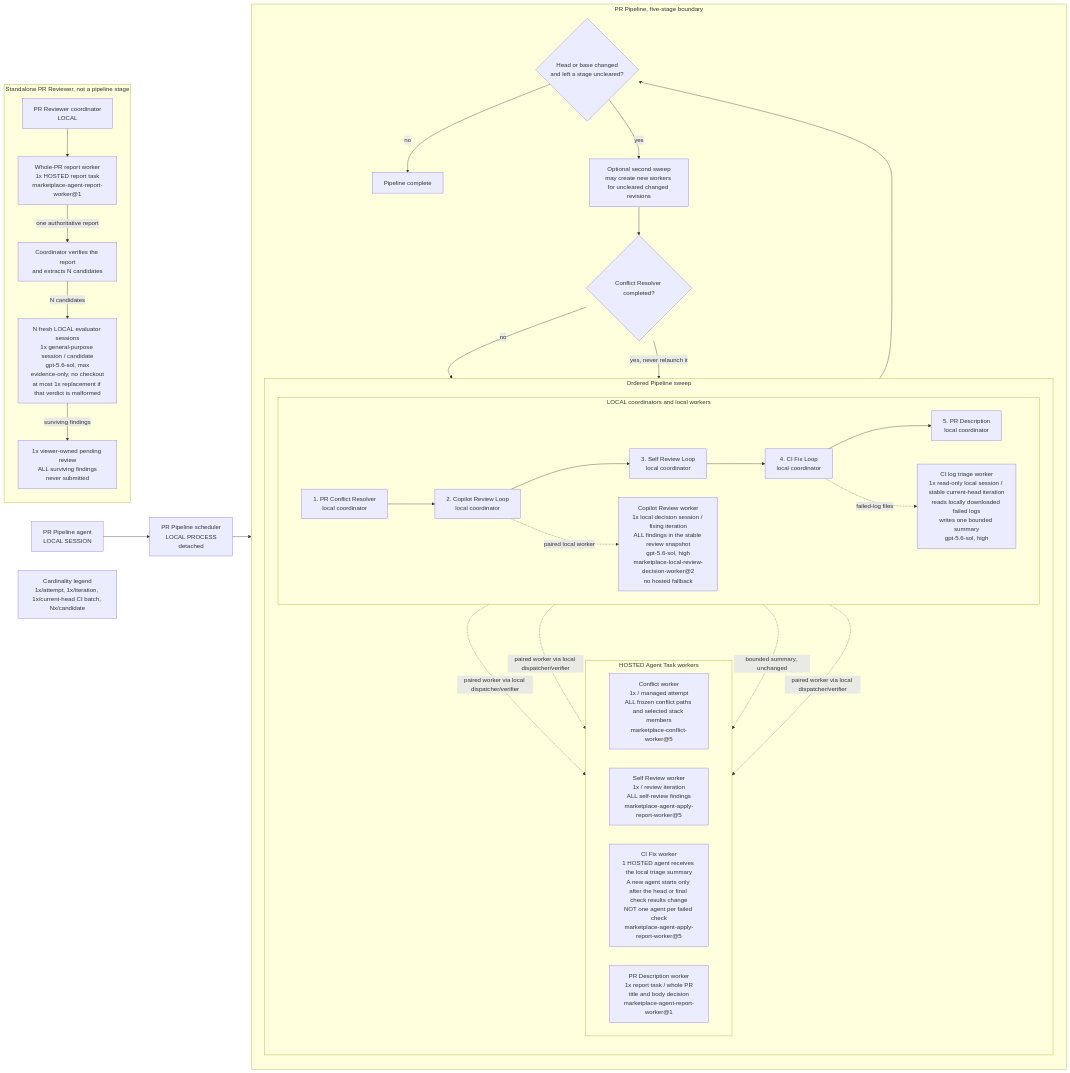
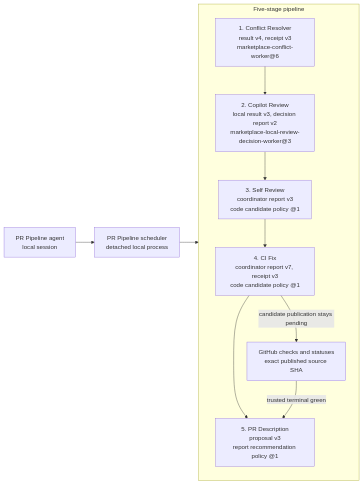
One commit to trask/copilot-plugins changed the diagram in plugins/pr-pipeline/README.md. Above: the diagram before and after it, drawn with Mermaid. The commit also changed other lines of this file and 17 other files, not shown here.

````diff
--- a/plugins/pr-pipeline/README.md
+++ b/plugins/pr-pipeline/README.md
@@ -5,67 +5,22 @@
 ```mermaid
 flowchart LR
-    pipelineAgent["PR Pipeline agent<br/>LOCAL SESSION"]
-    scheduler["PR Pipeline scheduler<br/>LOCAL PROCESS<br/>detached"]
-    pipelineAgent --> scheduler
+    agent["PR Pipeline agent<br/>local session"]
+    scheduler["PR Pipeline scheduler<br/>detached local process"]
+    agent --> scheduler
 
-    subgraph pipeline["PR Pipeline, five-stage boundary"]
+    subgraph pipeline["Five-stage pipeline"]
         direction TB
+        conflict["1. Conflict Resolver<br/>result v4, receipt v3<br/>marketplace-conflict-worker@6"]
+        copilotReview["2. Copilot Review<br/>local result v3, decision report v2<br/>marketplace-local-review-decision-worker@3"]
+        selfReview["3. Self Review<br/>coordinator report v3<br/>code candidate policy @1"]
+        ci["4. CI Fix<br/>coordinator report v7, receipt v3<br/>code candidate policy @1"]
+        description["5. PR Description<br/>proposal v3<br/>report recommendation policy @1"]
+        checks["GitHub checks and statuses<br/>exact published source SHA"]
 
-        subgraph sweep["Ordered Pipeline sweep"]
-            direction TB
-
-            subgraph local["LOCAL coordinators and local workers"]
-                direction LR
-                conflict["1. PR Conflict Resolver<br/>local coordinator"]
-                copilotReview["2. Copilot Review Loop<br/>local coordinator"]
-                selfReview["3. Self Review Loop<br/>local coordinator"]
-                ciFix["4. CI Fix Loop<br/>local coordinator"]
-                description["5. PR Description<br/>local coordinator"]
-                reviewWorker["Copilot Review worker<br/>1x local decision session / fixing iteration<br/>ALL findings in the stable review snapshot<br/>gpt-5.6-sol, high<br/>marketplace-local-review-decision-worker@2<br/>no hosted fallback"]
-                ciTriage["CI log triage worker<br/>1x read-only local session / stable current-head iteration<br/>reads locally downloaded failed logs<br/>writes one bounded summary<br/>gpt-5.6-sol, high"]
-
-                conflict --> copilotReview --> selfReview --> ciFix --> description
-                copilotReview -. "paired local worker" .-> reviewWorker
-                ciFix -. "failed-log files" .-> ciTriage
-            end
-
-            subgraph hosted["HOSTED Agent Task workers"]
-                direction LR
-                conflictWorker["Conflict worker<br/>1x / managed attempt<br/>ALL frozen conflict paths and selected stack members<br/>marketplace-conflict-worker@5"]
-                selfReviewWorker["Self Review worker<br/>1x / review iteration<br/>ALL self-review findings<br/>marketplace-agent-apply-report-worker@5"]
-                ciWorker["CI Fix worker<br/>1 HOSTED agent receives the local triage summary<br/>A new agent starts only after the head or final check results change<br/>NOT one agent per failed check<br/>marketplace-agent-apply-report-worker@5"]
-                descriptionWorker["PR Description worker<br/>1x report task / whole PR<br/>title and body decision<br/>marketplace-agent-report-worker@1"]
-            end
-
-            conflict -. "paired worker via local dispatcher/verifier" .-> conflictWorker
-            selfReview -. "paired worker via local dispatcher/verifier" .-> selfReviewWorker
-            ciTriage -. "bounded summary, unchanged" .-> ciWorker
-            description -. "paired worker via local dispatcher/verifier" .-> descriptionWorker
-        end
-
-        revision{"Head or base changed<br/>and left a stage uncleared?"}
-        description --> revision
-        revision -->|"no"| done["Pipeline complete"]
-        revision -->|"yes"| second["Optional second sweep<br/>may create new workers for uncleared changed revisions"]
-        second --> conflictComplete{"Conflict Resolver completed?"}
-        conflictComplete -->|"no"| conflict
-        conflictComplete -->|"yes, never relaunch it"| copilotReview
-    end
-
-    subgraph reviewer["Standalone PR Reviewer, not a pipeline stage"]
-        direction TB
-        reviewerCoordinator["PR Reviewer coordinator<br/>LOCAL"]
-        reviewerWorker["Whole-PR report worker<br/>1x HOSTED report task<br/>marketplace-agent-report-worker@1"]
-        candidates["Coordinator verifies the report<br/>and extracts N candidates"]
-        evaluators["N fresh LOCAL evaluator sessions<br/>1x general-purpose session / candidate<br/>gpt-5.6-sol, max<br/>evidence-only, no checkout<br/>at most 1x replacement if that verdict is malformed"]
-        pendingReview["1x viewer-owned pending review<br/>ALL surviving findings<br/>never submitted"]
-
-        reviewerCoordinator --> reviewerWorker
-        reviewerWorker -->|"one authoritative report"| candidates
-        candidates -->|"N candidates"| evaluators
-        evaluators -->|"surviving findings"| pendingReview
+        conflict --> copilotReview --> selfReview --> ci --> description
+        ci -->|"candidate publication stays pending"| checks
+        checks -->|"trusted terminal green"| description
     end
 
     scheduler --> conflict
-    legend["Cardinality legend<br/>1x/attempt, 1x/iteration, 1x/current-head CI batch, Nx/candidate"]
 ```
````
